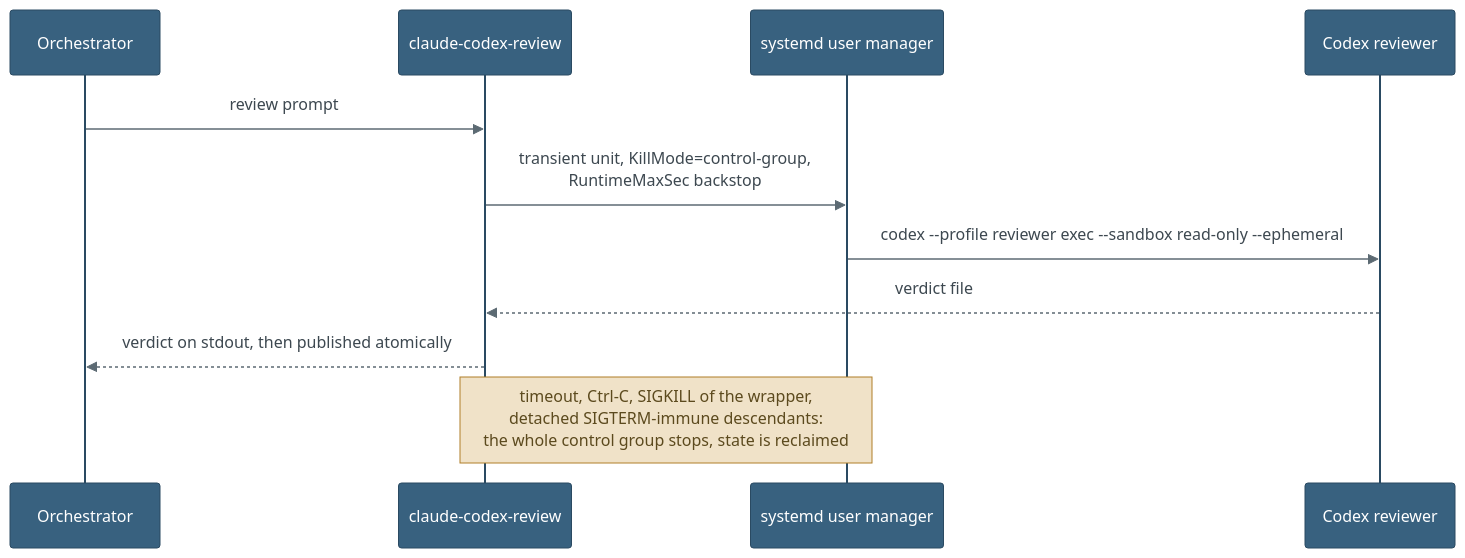
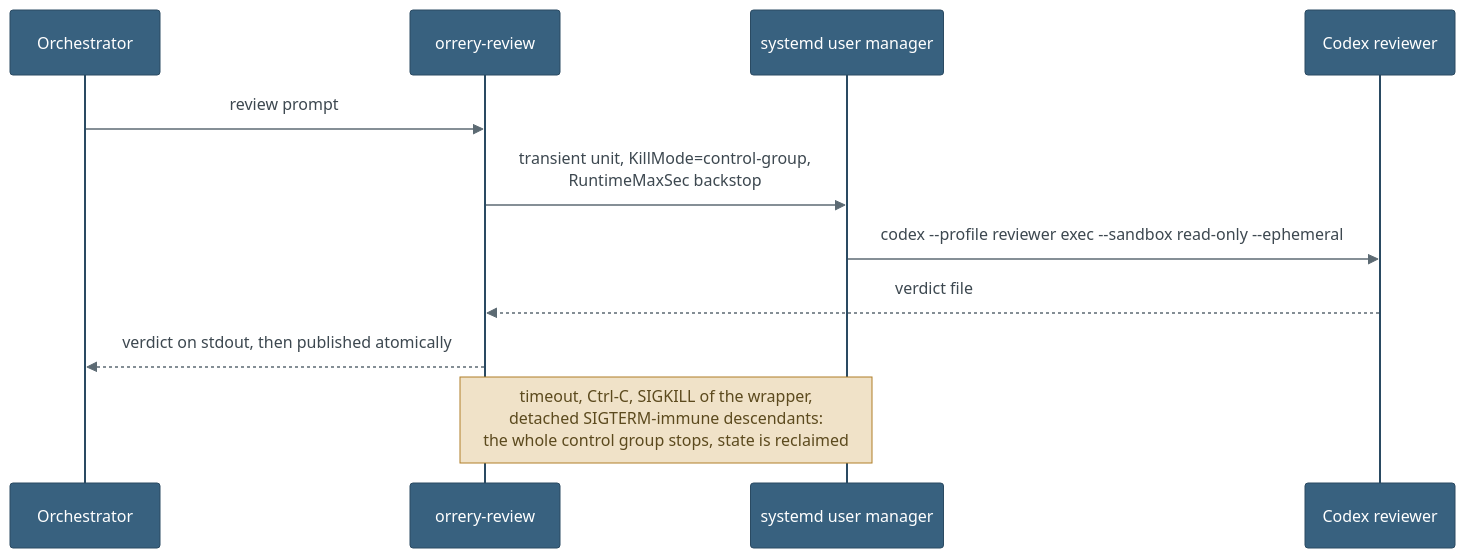
One commit to nikfilippas/orrery changed the second of 2 diagrams in README.md. Above: the diagram before and after it, drawn with Mermaid. The commit also changed other lines of this file and 1 other file, not shown here.

````diff
--- a/README.md
+++ b/README.md
@@ -125,20 +147,20 @@
 ```mermaid
 %%{init: {'theme': 'base', 'themeVariables': {
     'actorBkg': '#38617f', 'actorTextColor': '#ffffff',
     'actorBorder': '#2a4a62', 'signalColor': '#5c6a73',
     'signalTextColor': '#3d4850',
     'noteBkgColor': '#f0e2c8', 'noteTextColor': '#5c4a1e',
     'noteBorderColor': '#b07e28',
     'sequenceNumberColor': '#ffffff'}}}%%
 sequenceDiagram
     participant O as Orchestrator
-    participant W as claude-codex-review
+    participant W as orrery-review
     participant M as systemd user manager
     participant X as Codex reviewer
     O->>W: review prompt
     W->>M: transient unit, KillMode=control-group,<br/>RuntimeMaxSec backstop
     M->>X: codex --profile reviewer exec --sandbox read-only --ephemeral
     X-->>W: verdict file
     W-->>O: verdict on stdout, then published atomically
     Note over W,M: timeout, Ctrl-C, SIGKILL of the wrapper,<br/>detached SIGTERM-immune descendants:<br/>the whole control group stops, state is reclaimed
 ```
````
